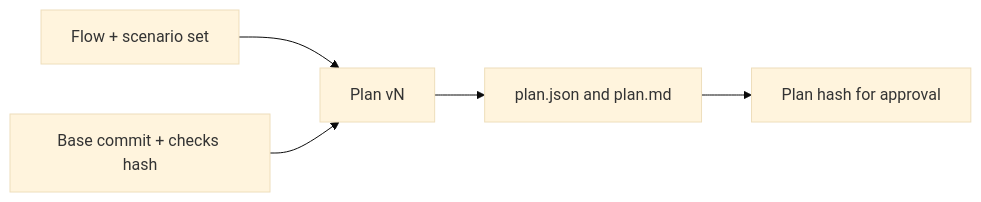
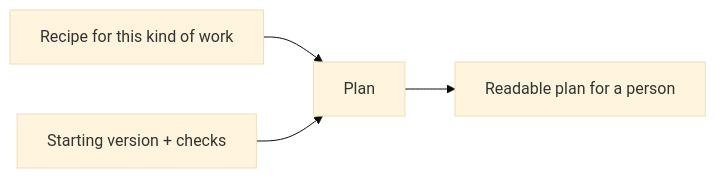
The fourth of 11 diagrams in docs/guides/how-a-fix-flows.md (michaelatamuk/openjiuwen-works), drawn with Mermaid (base theme) before and after one commit. The commit also changed other lines of this file and 47 other files, not shown here.

````diff
--- a/docs/guides/how-a-fix-flows.md
+++ b/docs/guides/how-a-fix-flows.md
@@ -72,7 +81,6 @@
 ```mermaid
 flowchart LR
-    F[Flow + scenario set] --> P[Plan vN]
-    H[Base commit + checks hash] --> P
-    P --> J[plan.json and plan.md]
-    J --> K[Plan hash for approval]
+    F[Recipe for this kind of work] --> P[Plan]
+    H[Starting version + checks] --> P
+    P --> J[Readable plan for a person]
 ```
````
